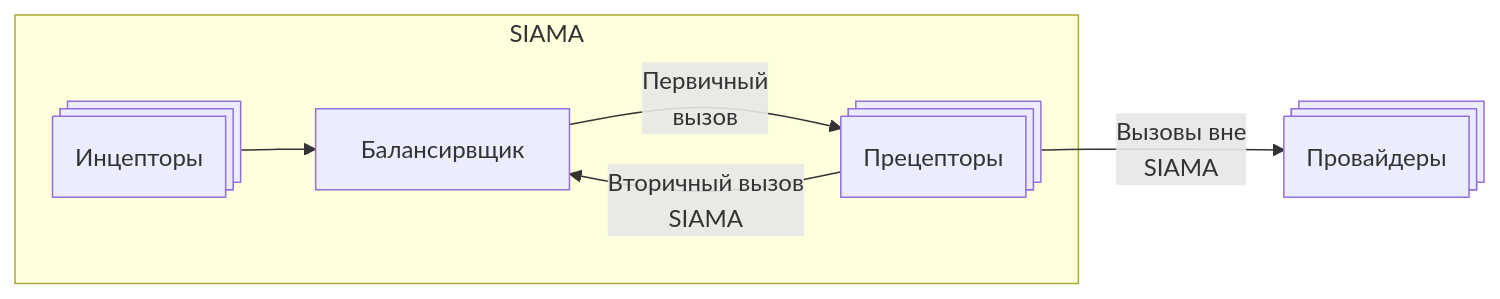
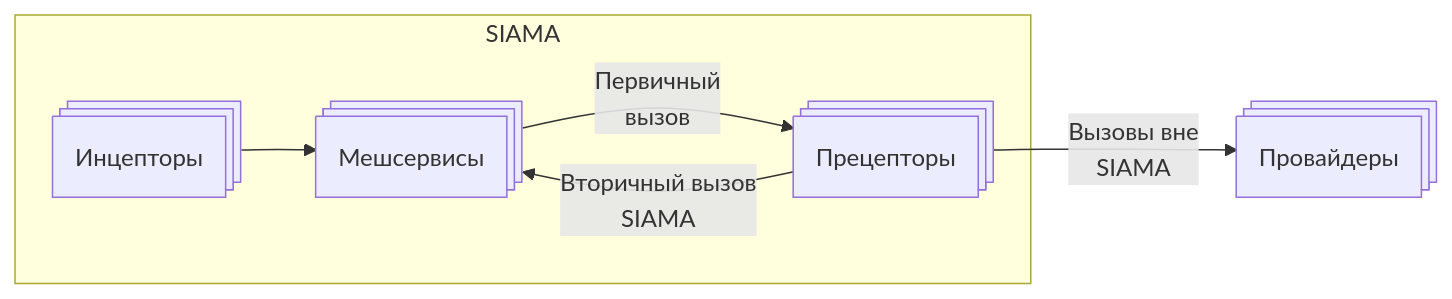
The fourth of 5 diagrams in ru/siama.md (johnthesmith/scraps), drawn with Mermaid before and after one commit. The commit also changed other lines of this file, not shown here.

````diff
--- a/ru/siama.md
+++ b/ru/siama.md
@@ -122,16 +135,16 @@
 ```mermaid
 flowchart LR
 
     subgraph SIAMA
-        balancer[ Балансирвщик ]
+        mesh[Мешсервисы]@{ shape: processes }
         inceptor([Инцепторы])@{ shape: processes }
         preceptor([Прецепторы])@{ shape: processes }
     end
 
     provider([Провайдеры])@{ shape: processes }
 
-    inceptor --> balancer
-    balancer --> |Первичный <br> вызов| preceptor
-    preceptor --> |Вторичный вызов <br> SIAMA| balancer
+    inceptor --> mesh
+    mesh --> |Первичный <br> вызов| preceptor
+    preceptor --> |Вторичный вызов <br> SIAMA| mesh
     preceptor --> |Вызовы вне<br> SIAMA| provider
 ```
````
